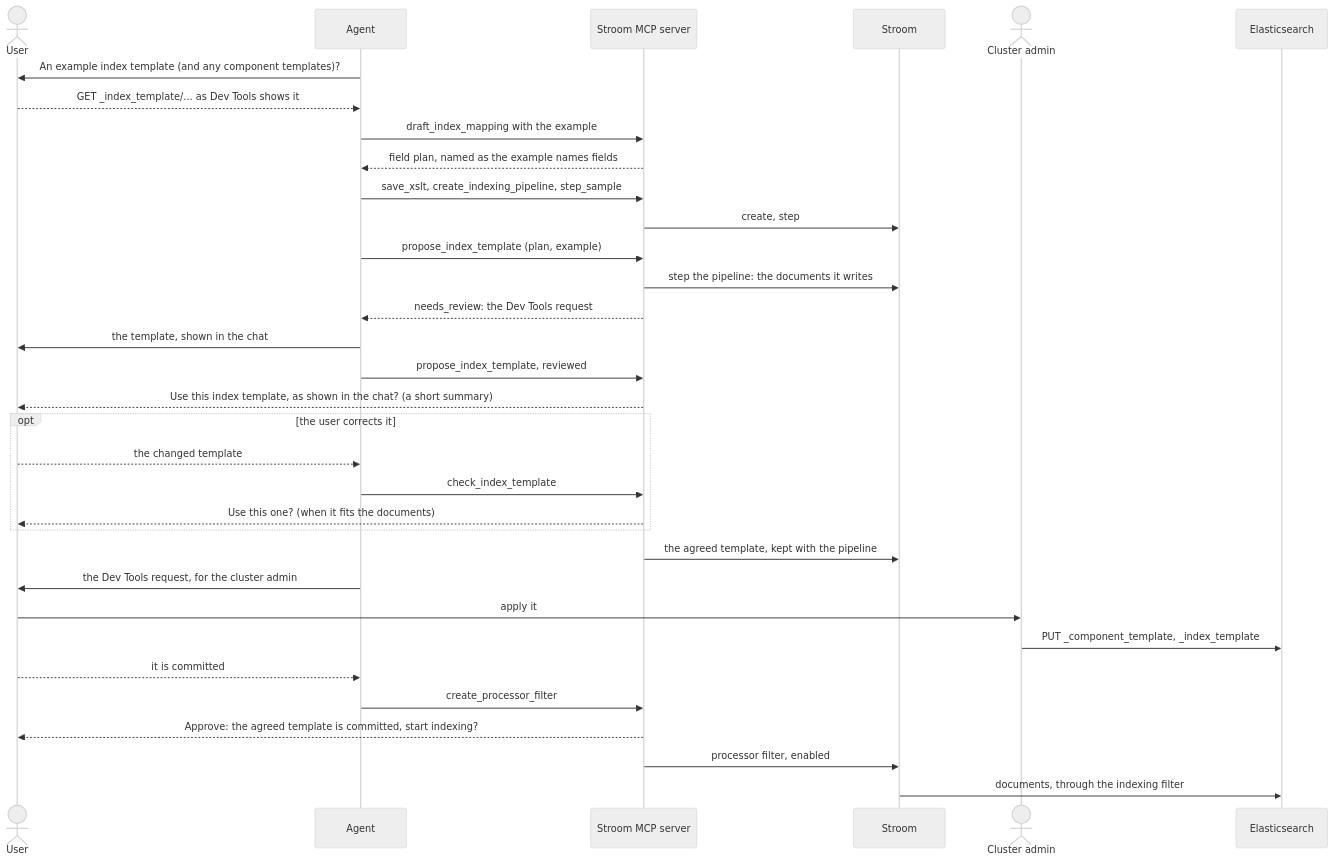
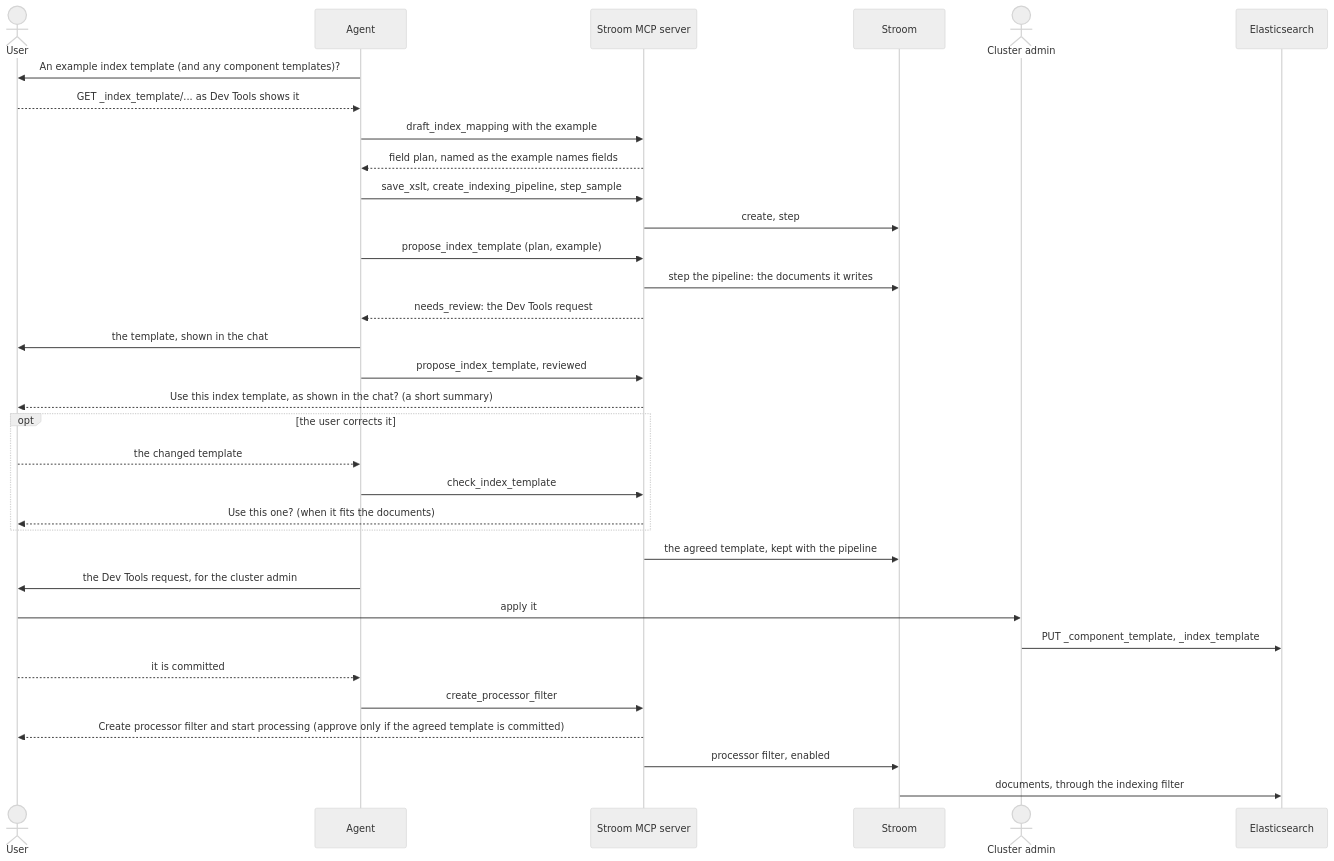
One commit to gradata-systems/stroom-fastmcp-server changed the third of 12 diagrams in docs/DESIGN.md. Above: the diagram before and after it, drawn with Mermaid (neutral theme). The commit also changed 5 other files, not shown here.

First line of the commit message:
Processing approvals headed by what they do: "Create processor filter and start processing"

````diff
--- a/docs/DESIGN.md
+++ b/docs/DESIGN.md
@@ -128,35 +128,35 @@
    ```mermaid
    sequenceDiagram
        actor User
        participant Agent
        participant Server as Stroom MCP server
        participant Stroom
        actor Admin as Cluster admin
        participant ES as Elasticsearch
        Agent->>User: An example index template (and any component templates)?
        User-->>Agent: GET _index_template/... as Dev Tools shows it
        Agent->>Server: draft_index_mapping with the example
        Server-->>Agent: field plan, named as the example names fields
        Agent->>Server: save_xslt, create_indexing_pipeline, step_sample
        Server->>Stroom: create, step
        Agent->>Server: propose_index_template (plan, example)
        Server->>Stroom: step the pipeline: the documents it writes
        Server-->>Agent: needs_review: the Dev Tools request
        Agent->>User: the template, shown in the chat
        Agent->>Server: propose_index_template, reviewed
        Server-->>User: Use this index template, as shown in the chat? (a short summary)
        opt the user corrects it
            User-->>Agent: the changed template
            Agent->>Server: check_index_template
            Server-->>User: Use this one? (when it fits the documents)
        end
        Server->>Stroom: the agreed template, kept with the pipeline
        Agent->>User: the Dev Tools request, for the cluster admin
        User->>Admin: apply it
        Admin->>ES: PUT _component_template, _index_template
        User-->>Agent: it is committed
        Agent->>Server: create_processor_filter
-       Server-->>User: Approve: the agreed template is committed, start indexing?
+       Server-->>User: Create processor filter and start processing (approve only if the agreed template is committed)
        Server->>Stroom: processor filter, enabled
        Stroom->>ES: documents, through the indexing filter
    ```
````
